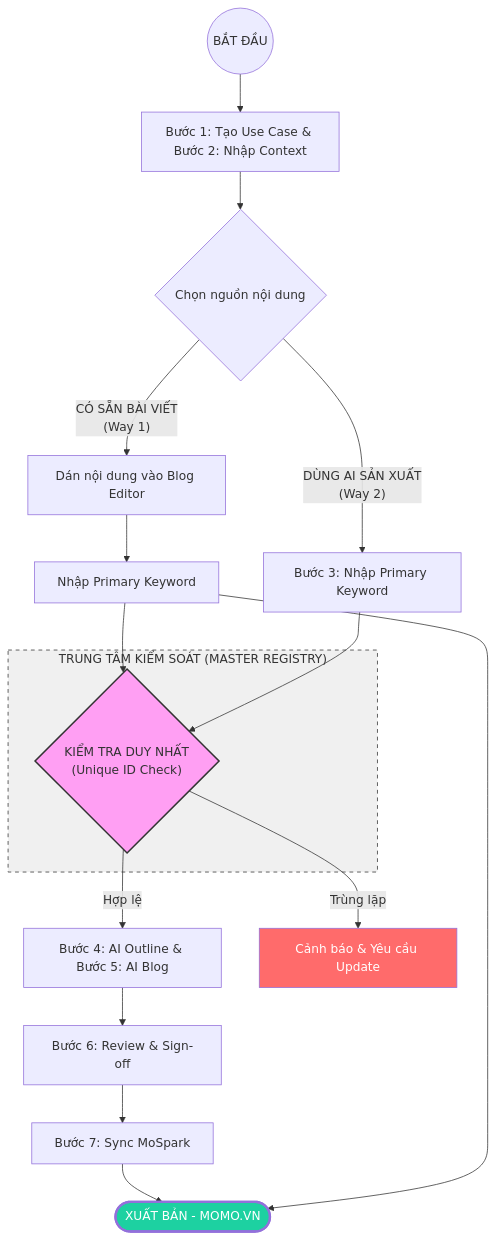
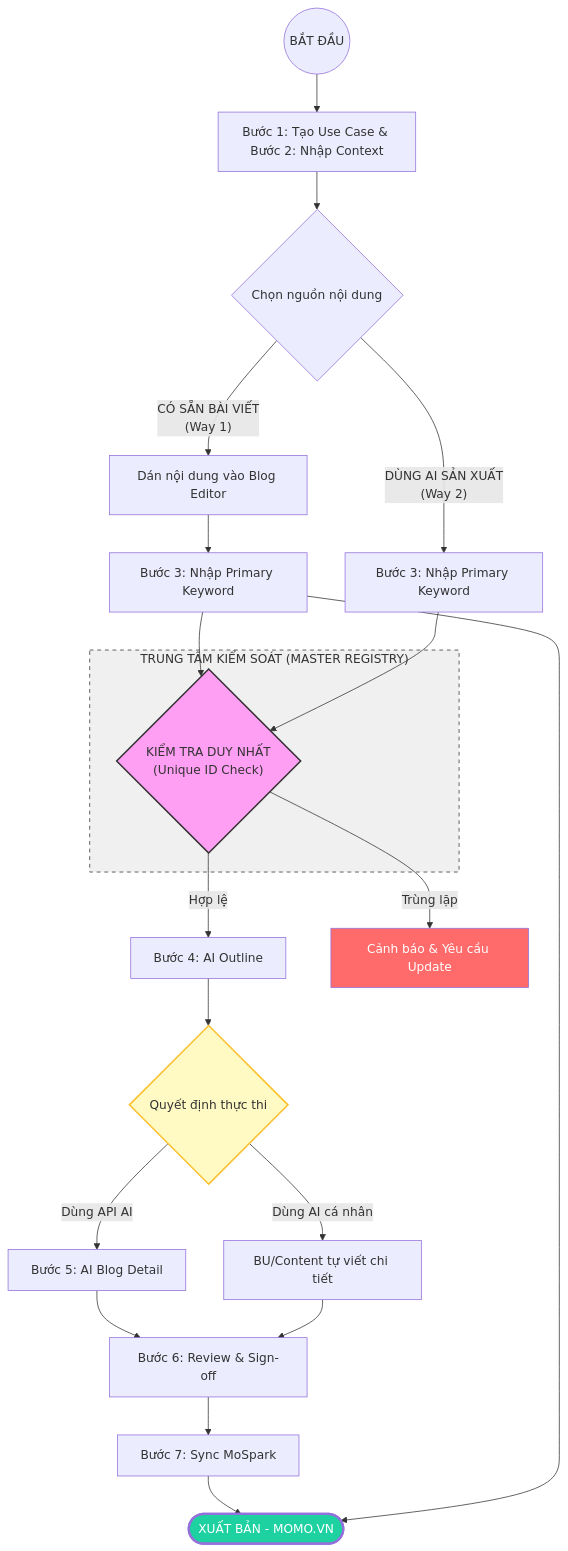
One commit to vanhien26/hienho-knowledgebase changed the second of 3 diagrams in 03_MOSPARK_PLATFORM/mospark_genai_content.md. Above: the diagram before and after it, drawn with Mermaid. The commit also changed other lines of this file and 27 other files, not shown here.

````diff
--- a/03_MOSPARK_PLATFORM/mospark_genai_content.md
+++ b/03_MOSPARK_PLATFORM/mospark_genai_content.md
@@ -145,34 +167,41 @@
 ```mermaid
 graph TD
     Start((BẮT ĐẦU)) --> Project[Bước 1: Tạo Use Case & Bước 2: Nhập Context]
     Project --> Choice{Chọn nguồn nội dung}
 
     %% Way 1 path
     Choice -- "CÓ SẴN BÀI VIẾT<br/>(Way 1)" --> W1_Step1[Dán nội dung vào Blog Editor]
-    W1_Step1 --> W1_Step2[Nhập Primary Keyword]
+    W1_Step1 --> W1_Step2[Bước 3: Nhập Primary Keyword]
     W1_Step2 --> Registry
 
     %% Way 2 path
     Choice -- "DÙNG AI SẢN XUẤT<br/>(Way 2)" --> W2_Step1[Bước 3: Nhập Primary Keyword]
     W2_Step1 --> Registry
-    Registry -- "Hợp lệ" --> W2_Step2[Bước 4: AI Outline & Bước 5: AI Blog]
-    W2_Step2 --> W2_Step3[Bước 6: Review & Sign-off]
-    W2_Step3 --> W2_Step4[Bước 7: Sync MoSpark]
+    Registry -- "Hợp lệ" --> W2_Step2[Bước 4: AI Outline]
+    W2_Step2 --> Choice2{Quyết định thực thi}
+    
+    Choice2 -- "Dùng API AI" --> W2_Step3[Bước 5: AI Blog Detail]
+    Choice2 -- "Dùng AI cá nhân" --> W2_Step3_Manual[BU/Content tự viết chi tiết]
+    
+    W2_Step3 --> W2_Step4[Bước 6: Review & Sign-off]
+    W2_Step3_Manual --> W2_Step4
+    W2_Step4 --> W2_Step5[Bước 7: Sync MoSpark]
 
     %% Master Registry Hub
     subgraph Hub ["TRUNG TÂM KIỂM SOÁT (MASTER REGISTRY)"]
         Registry{"KIỂM TRA DUY NHẤT<br/>(Unique ID Check)"}
     end
 
     %% Convergence to Publish
-    W2_Step4 --> Publish
+    W2_Step5 --> Publish([XUẤT BẢN - MOMO.VN])
     Registry -- "Trùng lặp" --> Error[Cảnh báo & Yêu cầu Update]
     
-    W1_Step2 --> Publish([XUẤT BẢN - MOMO.VN])
+    W1_Step2 --> Publish
 
     %% Styling
     style Hub fill:#f0f0f0,stroke:#333,stroke-dasharray: 5 5
     style Registry fill:#ff9ff3,stroke:#333,stroke-width:2px
     style Publish fill:#1dd1a1,color:#fff,stroke-width:3px
     style Error fill:#ff6b6b,color:#fff
+    style Choice2 fill:#fff9c4,stroke:#fbc02d,stroke-width:2px
 ```
````
